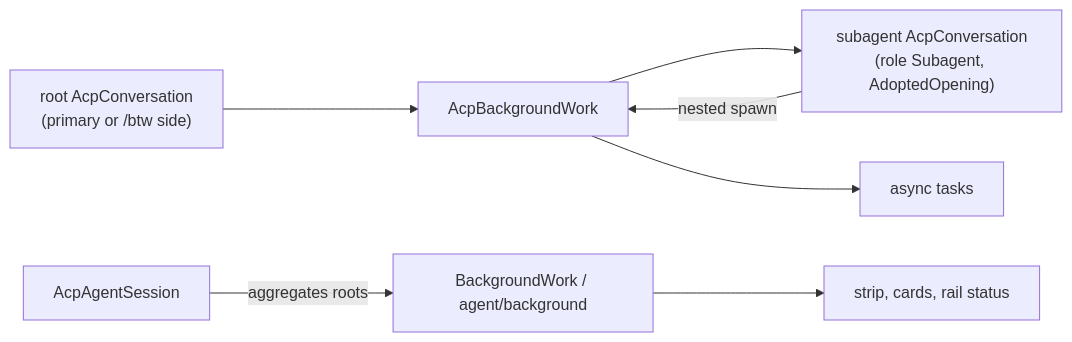
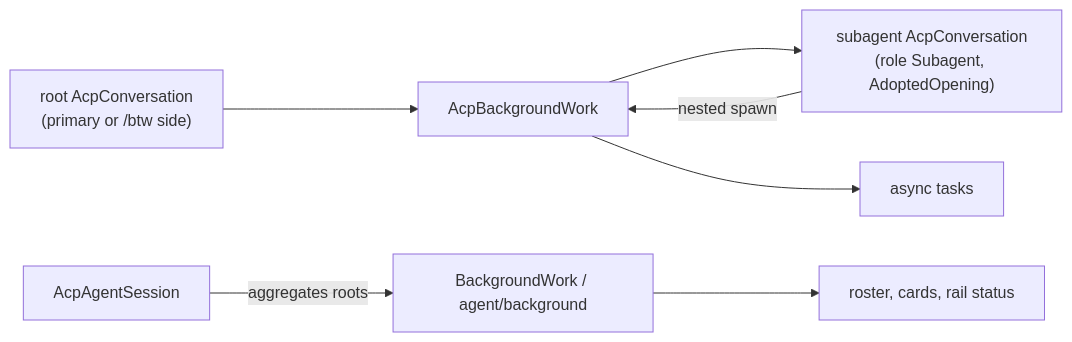
Before and after one commit to Kapps/weavie: the first of 2 diagrams in docs/specs/background-work.md, drawn with Mermaid. The commit also changed other lines of this file and 11 other files, not shown here.

First line of the commit message:
List background tasks in the Subagents roster instead of the strip

````diff
--- a/docs/specs/background-work.md
+++ b/docs/specs/background-work.md
@@ -33,9 +33,9 @@
 ```mermaid
 flowchart LR
   Root["root AcpConversation<br/>(primary or /btw side)"] --> Work["AcpBackgroundWork"]
   Work --> Sub["subagent AcpConversation<br/>(role Subagent, AdoptedOpening)"]
   Sub -- nested spawn --> Work
   Work --> Tasks["async tasks"]
   Session["AcpAgentSession"] -- aggregates roots --> Items["BackgroundWork / agent/background"]
-  Items --> Tray["strip, cards, rail status"]
+  Items --> Tray["roster, cards, rail status"]
 ```
````
